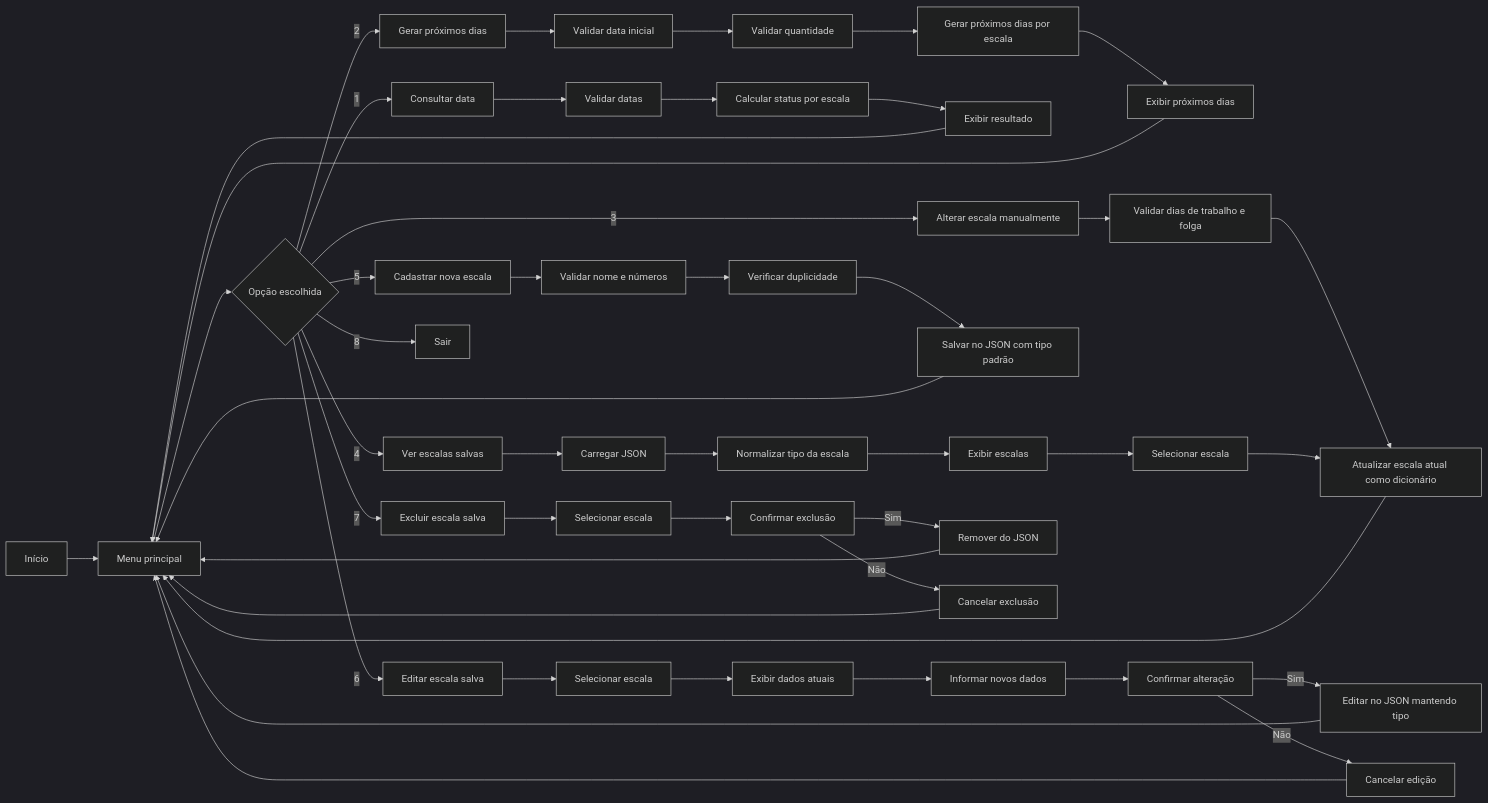
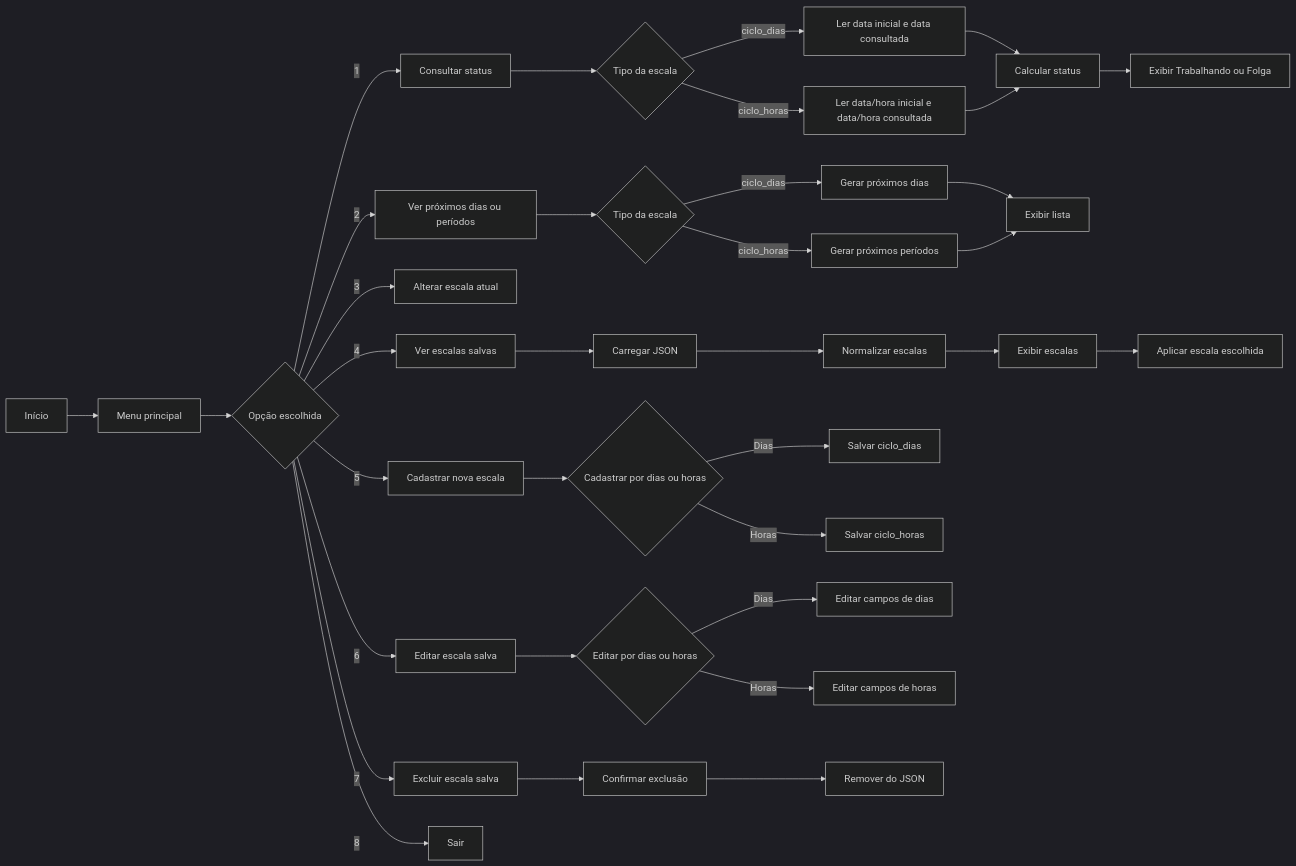
The second of 6 diagrams in README.md (Dinox75/simulador-escala-trabalho), drawn with Mermaid (dark theme) before and after one commit. The commit also changed other lines of this file, not shown here.

````diff
--- a/README.md
+++ b/README.md
@@ -528,57 +402,43 @@
 ```mermaid
 flowchart LR
     A[Início] --> B[Menu principal]
     B --> C{Opção escolhida}
-
-    C -->|1| D[Consultar data]
-    C -->|2| E[Gerar próximos dias]
-    C -->|3| F[Alterar escala manualmente]
+ 
+    C -->|1| D[Consultar status]
+    C -->|2| E[Ver próximos dias ou períodos]
+    C -->|3| F[Alterar escala atual]
     C -->|4| G[Ver escalas salvas]
     C -->|5| H[Cadastrar nova escala]
     C -->|6| I[Editar escala salva]
     C -->|7| J[Excluir escala salva]
     C -->|8| K[Sair]
-
-    D --> L[Validar datas]
-    L --> M[Calcular status por escala]
-    M --> N[Exibir resultado]
-
-    E --> O[Validar data inicial]
-    O --> P[Validar quantidade]
-    P --> Q[Gerar próximos dias por escala]
-    Q --> R[Exibir próximos dias]
-
-    F --> S[Validar dias de trabalho e folga]
-    S --> T[Atualizar escala atual como dicionário]
-
+ 
+    D --> L{Tipo da escala}
+    L -->|ciclo_dias| M[Ler data inicial e data consultada]
+    L -->|ciclo_horas| N[Ler data/hora inicial e data/hora consultada]
+    M --> O[Calcular status]
+    N --> O
+    O --> P[Exibir Trabalhando ou Folga]
+ 
+    E --> Q{Tipo da escala}
+    Q -->|ciclo_dias| R[Gerar próximos dias]
+    Q -->|ciclo_horas| S[Gerar próximos períodos]
+    R --> T[Exibir lista]
+    S --> T
+ 
     G --> U[Carregar JSON]
-    U --> U1[Normalizar tipo da escala]
-    U1 --> V[Exibir escalas]
-    V --> W[Selecionar escala]
-    W --> T
-
-    H --> X[Validar nome e números]
-    X --> Y[Verificar duplicidade]
-    Y --> Z[Salvar no JSON com tipo padrão]
-
-    I --> AA[Selecionar escala]
-    AA --> AB[Exibir dados atuais]
-    AB --> AC[Informar novos dados]
-    AC --> AD[Confirmar alteração]
-    AD -->|Sim| AE[Editar no JSON mantendo tipo]
-    AD -->|Não| AF[Cancelar edição]
-
-    J --> AG[Selecionar escala]
-    AG --> AH[Confirmar exclusão]
-    AH -->|Sim| AI[Remover do JSON]
-    AH -->|Não| AJ[Cancelar exclusão]
-
-    N --> B
-    R --> B
-    T --> B
-    Z --> B
-    AE --> B
-    AF --> B
-    AI --> B
-    AJ --> B
+    U --> V[Normalizar escalas]
+    V --> W[Exibir escalas]
+    W --> X[Aplicar escala escolhida]
+ 
+    H --> Y{Cadastrar por dias ou horas}
+    Y -->|Dias| Z[Salvar ciclo_dias]
+    Y -->|Horas| ZA[Salvar ciclo_horas]
+ 
+    I --> ZB{Editar por dias ou horas}
+    ZB -->|Dias| ZC[Editar campos de dias]
+    ZB -->|Horas| ZD[Editar campos de horas]
+ 
+    J --> ZE[Confirmar exclusão]
+    ZE --> ZF[Remover do JSON]
 ```
````
